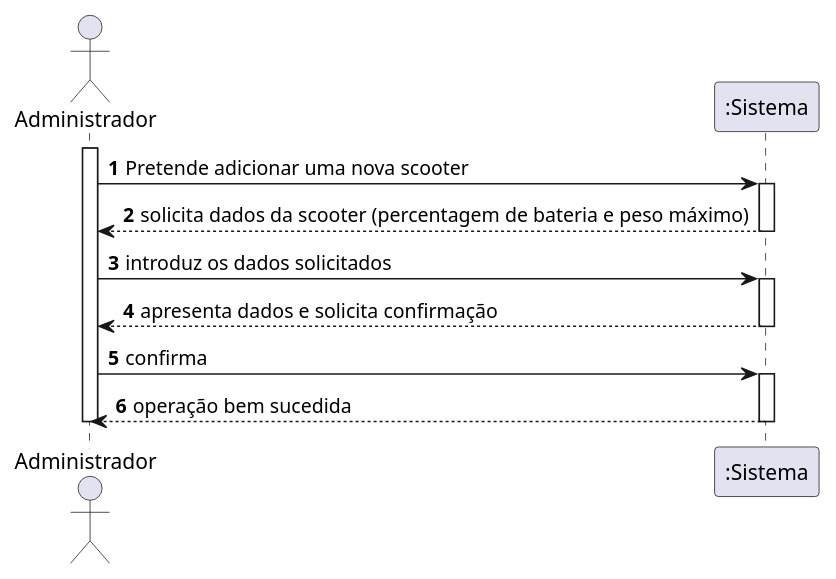
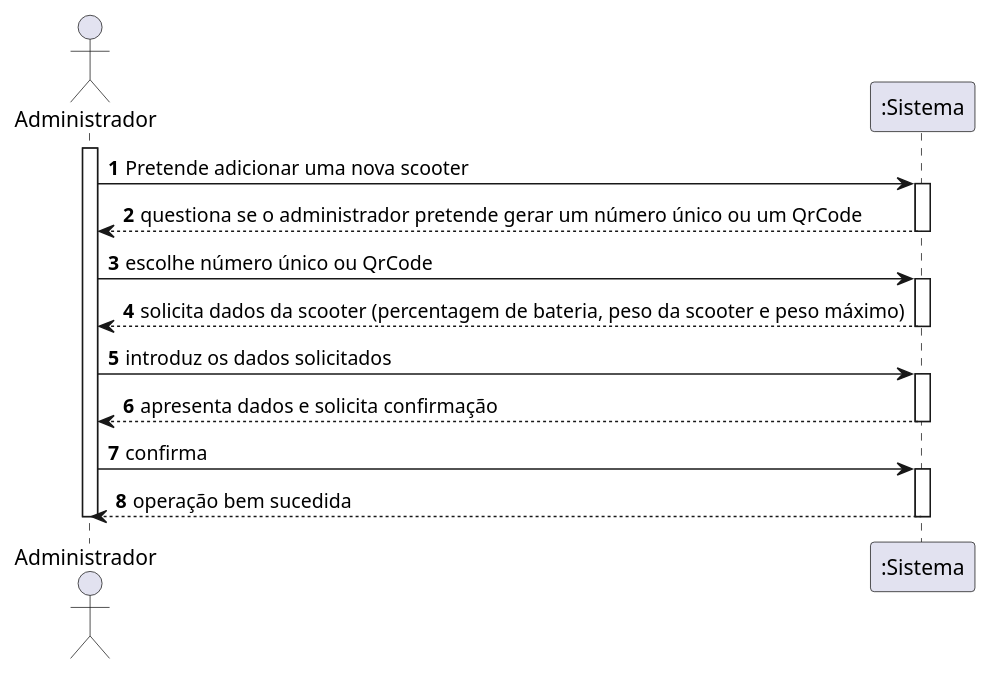
The diagram in docs/UC10/UC10_AdicionarScooter_SSD.puml (pedrolemos4/LAPR3), drawn with PlantUML before and after one commit. The commit also changed 3 other files, not shown here.

Commit message:
LAP3AP4-44 #close Gerar número ou QrCode para a scooter [Análise]

```diff
--- a/docs/UC10/UC10_AdicionarScooter_SSD.puml
+++ b/docs/UC10/UC10_AdicionarScooter_SSD.puml
@@ -1,23 +1,28 @@
 @startuml
 autonumber
 actor "Administrador" as UNR
 
 activate UNR
 UNR -> ":Sistema" : Pretende adicionar uma nova scooter
 activate ":Sistema"
-":Sistema" --> UNR : solicita dados da scooter (percentagem de bateria e peso máximo)
+":Sistema" --> UNR : questiona se o administrador pretende gerar um número único ou um QrCode
+deactivate ":Sistema"
+
+UNR -> ":Sistema" : escolhe número único ou QrCode
+activate ":Sistema"
+":Sistema" --> UNR : solicita dados da scooter (percentagem de bateria, peso da scooter e peso máximo)
 deactivate ":Sistema"
 
 
 UNR -> ":Sistema" : introduz os dados solicitados
 activate ":Sistema"
 ":Sistema" --> UNR : apresenta dados e solicita confirmação
 deactivate ":Sistema"
 
 UNR -> ":Sistema" : confirma
 activate ":Sistema"
 ":Sistema" --> UNR : operação bem sucedida
 deactivate ":Sistema"
 
 deactivate UNR
 @enduml
```
